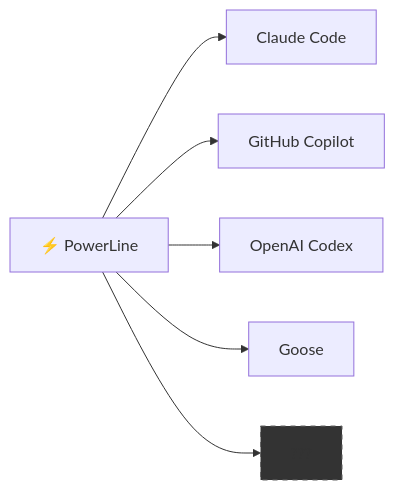
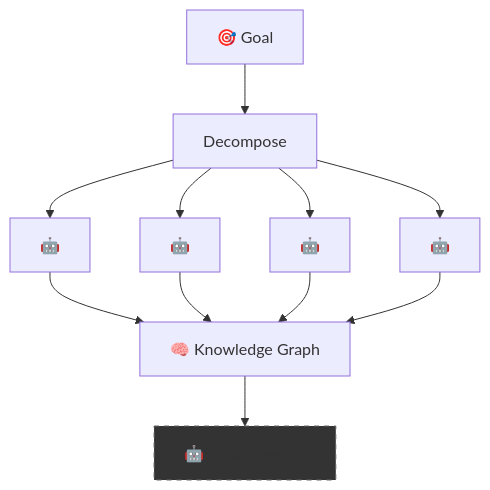
One commit to nick-pape/grackle changed the fourth of 6 diagrams in README.md. Above: the diagram before and after it, drawn with Mermaid. The commit also changed other lines of this file, not shown here.

First line of the commit message:
Split scaling diagram into 4, fold env/runtime into architecture

````diff
--- a/README.md
+++ b/README.md
@@ -28,10 +57,8 @@
 ```mermaid
-graph LR
-    PL["⚡ PowerLine"]
-    PL --> CC["Claude Code"]
-    PL --> CP["GitHub Copilot"]
-    PL --> CX["OpenAI Codex"]
-    PL --> G["Goose"]
-    PL --> Q["???"]
-    style Q fill:#333,stroke:#666,stroke-dasharray: 5 5
+graph TD
+    G["🎯 Goal"] --> D["Decompose"]
+    D --> T1["🤖"] & T2["🤖"] & T3["🤖"] & T4["🤖"]
+    T1 & T2 & T3 & T4 --> K["🧠 Knowledge Graph"]
+    K --> N["🤖 ...more agents"]
+    style N fill:#333,stroke:#666,stroke-dasharray: 5 5
 ```
````
